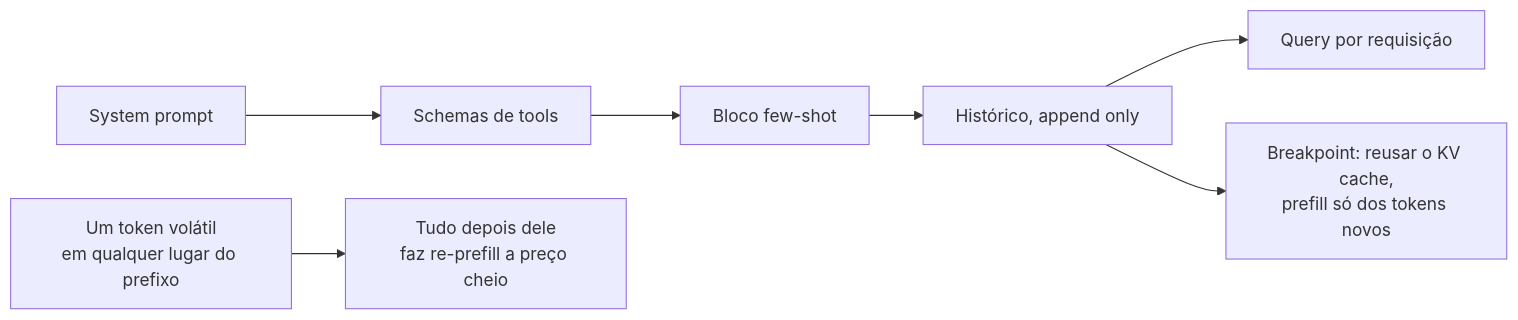
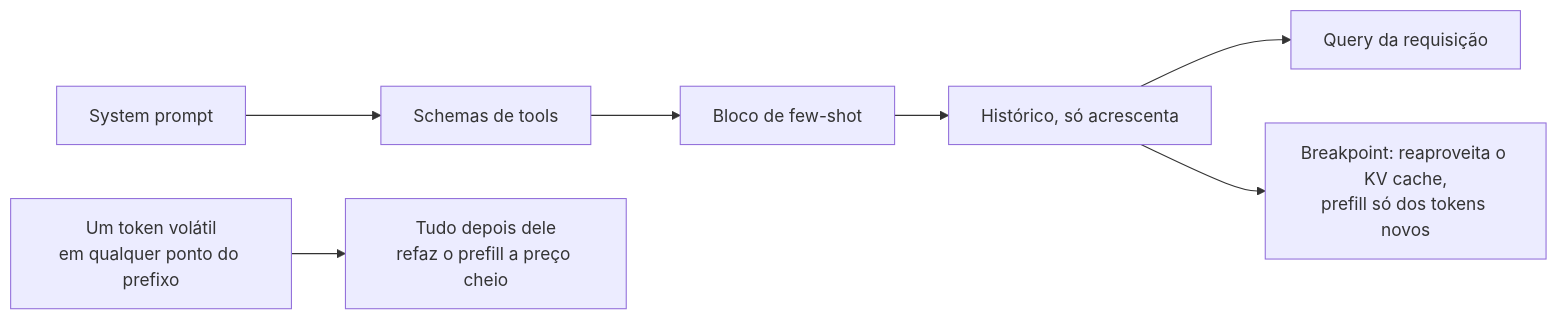
One commit to andrevberaldo/AI-Engineer-Interview-Questions changed diagram 11 of 26 in 03-prompt-engineering-and-context/questions.pt-BR.md. Above: the diagram before and after it, drawn with Mermaid. The commit also changed other lines of this file and 1 other file, not shown here.

````diff
--- a/03-prompt-engineering-and-context/questions.pt-BR.md
+++ b/03-prompt-engineering-and-context/questions.pt-BR.md
@@ -623,9 +623,9 @@
 ```mermaid
 flowchart LR
     A["System prompt"] --> B["Schemas de tools"]
-    B --> C["Bloco few-shot"]
-    C --> D["Histórico, append only"]
-    D --> E["Query por requisição"]
-    D --> F["Breakpoint: reusar o KV cache,<br/>prefill só dos tokens novos"]
-    G["Um token volátil<br/>em qualquer lugar do prefixo"] --> H["Tudo depois dele<br/>faz re-prefill a preço cheio"]
+    B --> C["Bloco de few-shot"]
+    C --> D["Histórico, só acrescenta"]
+    D --> E["Query da requisição"]
+    D --> F["Breakpoint: reaproveita o KV cache,<br/>prefill só dos tokens novos"]
+    G["Um token volátil<br/>em qualquer ponto do prefixo"] --> H["Tudo depois dele<br/>refaz o prefill a preço cheio"]
 ```
````
